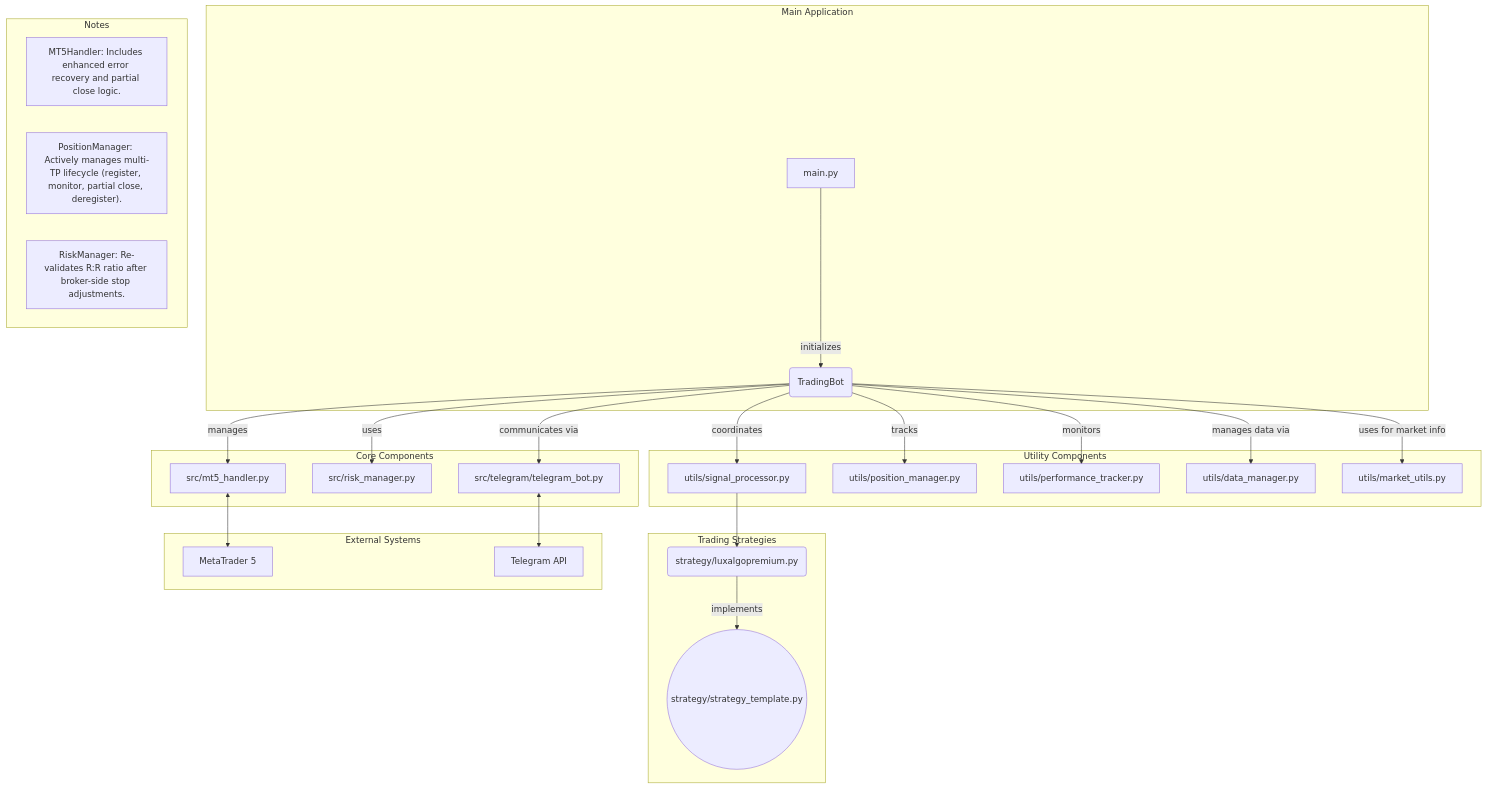
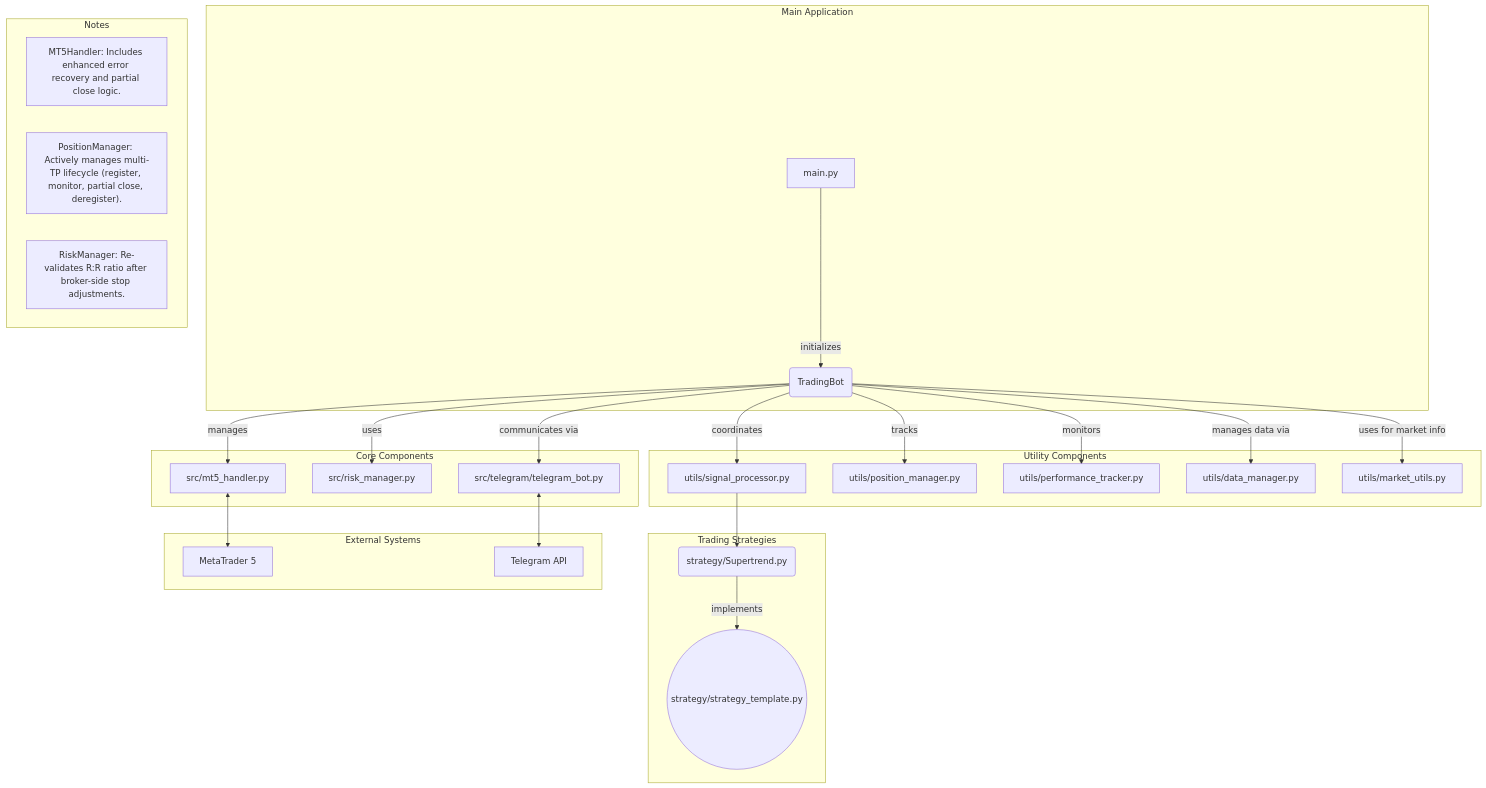
Before and after one commit to Ethansi2947E/Quant-Bot: the diagram in README.md, drawn with Mermaid. The commit also changed other lines of this file, not shown here.

Commit message:
Update README.md to reflect latest architecture and strategy changes

````diff
--- a/README.md
+++ b/README.md
@@ -39,36 +39,36 @@
 ```mermaid
 flowchart TB
     subgraph Main["Main Application"]
         A[main.py] --> |initializes| B(TradingBot)
     end
 
     subgraph Core["Core Components"]
         B --> |manages| C[src/mt5_handler.py]
         B --> |uses| D[src/risk_manager.py]
         B --> |communicates via| H[src/telegram/telegram_bot.py]
     end
 
     subgraph Utils["Utility Components"]
         B --> |coordinates| E[utils/signal_processor.py]
         B --> |tracks| F[utils/position_manager.py]
         B --> |monitors| G[utils/performance_tracker.py]
         B --> |manages data via| I[utils/data_manager.py]
         B --> |uses for market info| J[utils/market_utils.py]
     end
 
     subgraph Strategies["Trading Strategies"]
-        E --> K(strategy/luxalgopremium.py)
+        E --> K(strategy/Supertrend.py)
         K -- implements --> L((strategy/strategy_template.py))
     end
 
     subgraph External["External Systems"]
         C <--> O[MetaTrader 5]
         H <--> P[Telegram API]
     end
 
     subgraph Notes["Notes"]
         Note1["MT5Handler: Includes enhanced error recovery and partial close logic."]
         Note2["PositionManager: Actively manages multi-TP lifecycle (register, monitor, partial close, deregister)."]
         Note3["RiskManager: Re-validates R:R ratio after broker-side stop adjustments."]
     end
 ```
````
